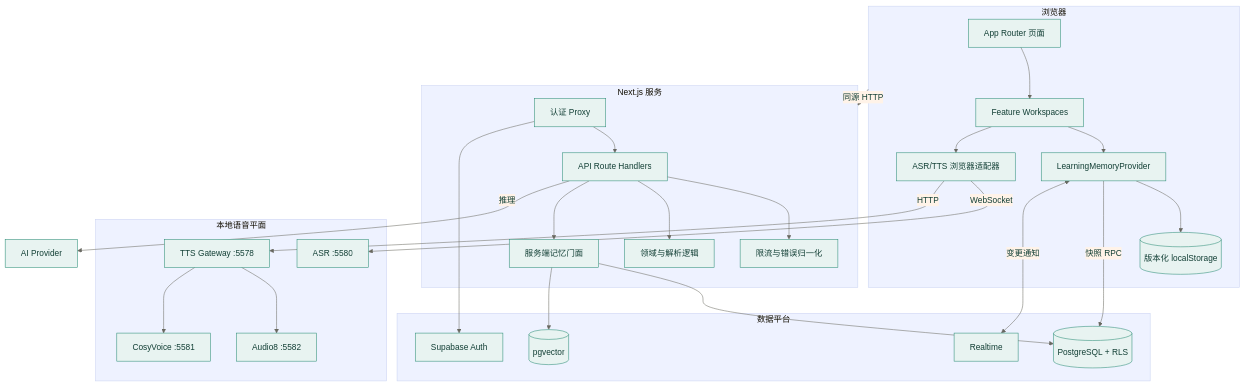
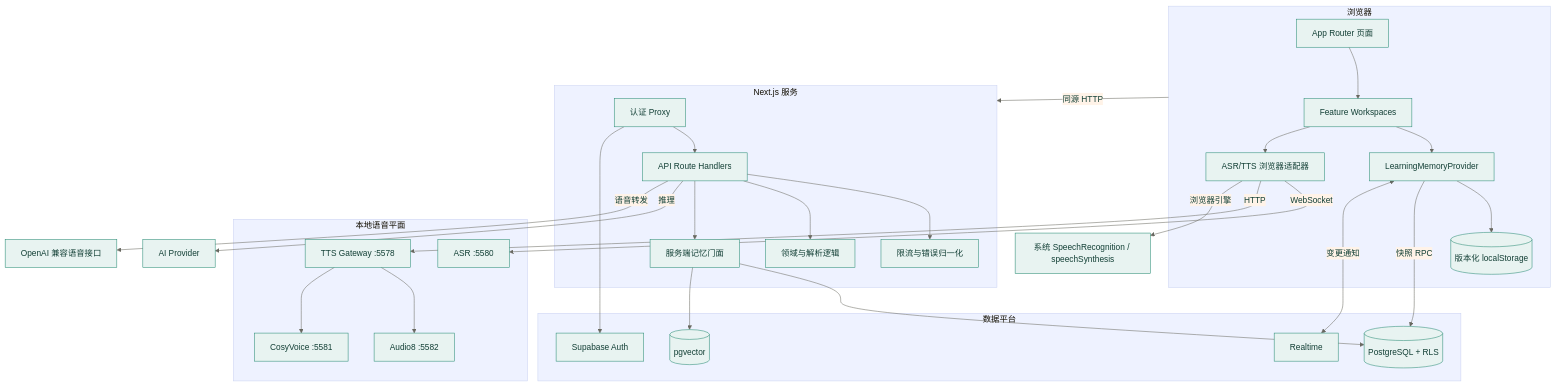
One commit to chaos-design/moss changed the second of 7 diagrams in docs/architecture.md. Above: the diagram before and after it, drawn with Mermaid. The commit also changed other lines of this file and 75 other files, not shown here.

````diff
--- a/docs/architecture.md
+++ b/docs/architecture.md
@@ -36,53 +36,55 @@
 ```mermaid
 %%{init: {"theme":"base","themeVariables":{"primaryColor":"#E8F3F1","primaryTextColor":"#123F35","primaryBorderColor":"#258A72","lineColor":"#686860","secondaryColor":"#FFF3E8","tertiaryColor":"#EEF2FF"}}}%%
 flowchart TB
     subgraph Browser[浏览器]
         Pages[App Router 页面]
         Workspaces[Feature Workspaces]
         Provider[LearningMemoryProvider]
         Local[(版本化 localStorage)]
         Speech[ASR/TTS 浏览器适配器]
         Pages --> Workspaces
         Workspaces --> Provider
         Provider --> Local
         Workspaces --> Speech
     end
 
     subgraph Next[Next.js 服务]
         Proxy[认证 Proxy]
         Routes[API Route Handlers]
         Domain[领域与解析逻辑]
         MemoryFacade[服务端记忆门面]
         Limits[限流与错误归一化]
         Proxy --> Routes
         Routes --> Limits
         Routes --> Domain
         Routes --> MemoryFacade
     end
 
     subgraph Data[数据平台]
         Auth[Supabase Auth]
         Database[(PostgreSQL + RLS)]
         Vector[(pgvector)]
         Realtime[Realtime]
     end
 
     subgraph Voice[本地语音平面]
         ASR[ASR :5580]
         Gateway[TTS Gateway :5578]
         Audio8[Audio8 :5582]
         CosyVoice[CosyVoice :5581]
         Gateway --> Audio8
         Gateway --> CosyVoice
     end
 
     Browser -->|同源 HTTP| Next
     Proxy --> Auth
     Provider -->|快照 RPC| Database
     Provider <-->|变更通知| Realtime
     MemoryFacade --> Database
     MemoryFacade --> Vector
     Routes -->|推理| AI[AI Provider]
+    Routes -->|语音转发| VoiceAPI[OpenAI 兼容语音接口]
     Speech -->|WebSocket| ASR
     Speech -->|HTTP| Gateway
+    Speech -->|浏览器引擎| WebSpeech[系统 SpeechRecognition / speechSynthesis]
 ```
````
